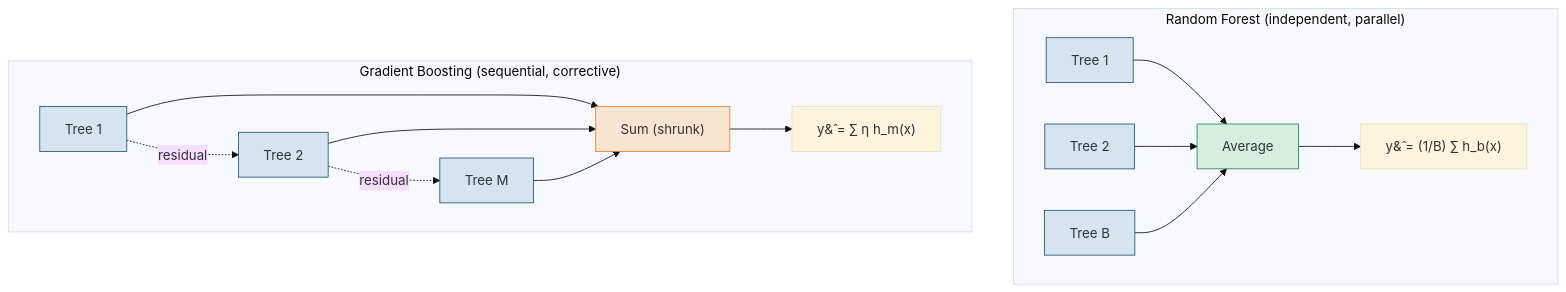
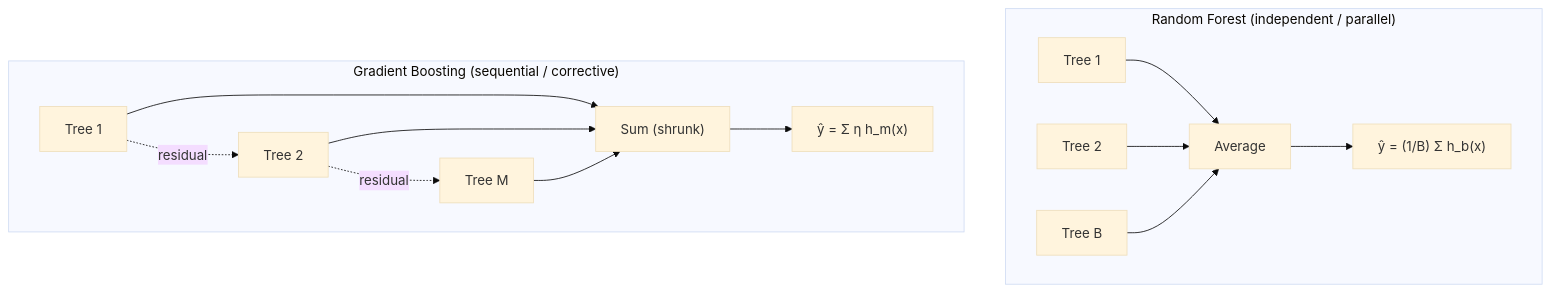
The first of 4 diagrams in vol-learning-guide/markdown/ch11-tree-methods-vol.md (xRyann2255/ML-GS), drawn with Mermaid (base theme) before and after one commit. The commit also changed other lines of this file and 19 other files, not shown here.

````diff
--- a/vol-learning-guide/markdown/ch11-tree-methods-vol.md
+++ b/vol-learning-guide/markdown/ch11-tree-methods-vol.md
@@ -61,33 +22,17 @@
 ```mermaid
 flowchart TD
-    subgraph RF["Random Forest (independent, parallel)"]
-        rf1["Tree 1"]
-        rf2["Tree 2"]
-        rf3["Tree B"]
-        rfavg["Average"]
-        rfout["y&#770; = (1/B) &sum; h_b(x)"]
-        rf1 --> rfavg
-        rf2 --> rfavg
-        rf3 --> rfavg
-        rfavg --> rfout
-    end
-    subgraph GB["Gradient Boosting (sequential, corrective)"]
-        gb1["Tree 1"]
-        gb2["Tree 2"]
-        gb3["Tree M"]
-        gbsum["Sum (shrunk)"]
-        gbout["y&#770; = &sum; &eta; h_m(x)"]
-        gb1 -. residual .-> gb2
-        gb2 -. residual .-> gb3
-        gb1 --> gbsum
-        gb2 --> gbsum
-        gb3 --> gbsum
-        gbsum --> gbout
-    end
-    classDef tree fill:#d6e4f0,stroke:#1a5276;
-    classDef avg fill:#d4efdf,stroke:#1e8449;
-    classDef seq fill:#fae5d3,stroke:#e67e22;
-    class rf1,rf2,rf3,gb1,gb2,gb3 tree;
-    class rfavg avg;
-    class gbsum seq;
+  subgraph RF["Random Forest (independent / parallel)"]
+    rf1["Tree 1"] --> rfavg["Average"]
+    rf2["Tree 2"] --> rfavg
+    rf3["Tree B"] --> rfavg
+    rfavg --> rfout["ŷ = (1/B) Σ h_b(x)"]
+  end
+  subgraph GB["Gradient Boosting (sequential / corrective)"]
+    gb1["Tree 1"] -. "residual" .-> gb2["Tree 2"]
+    gb2 -. "residual" .-> gb3["Tree M"]
+    gb1 --> gbsum["Sum (shrunk)"]
+    gb2 --> gbsum
+    gb3 --> gbsum
+    gbsum --> gbout["ŷ = Σ η h_m(x)"]
+  end
 ```
````
